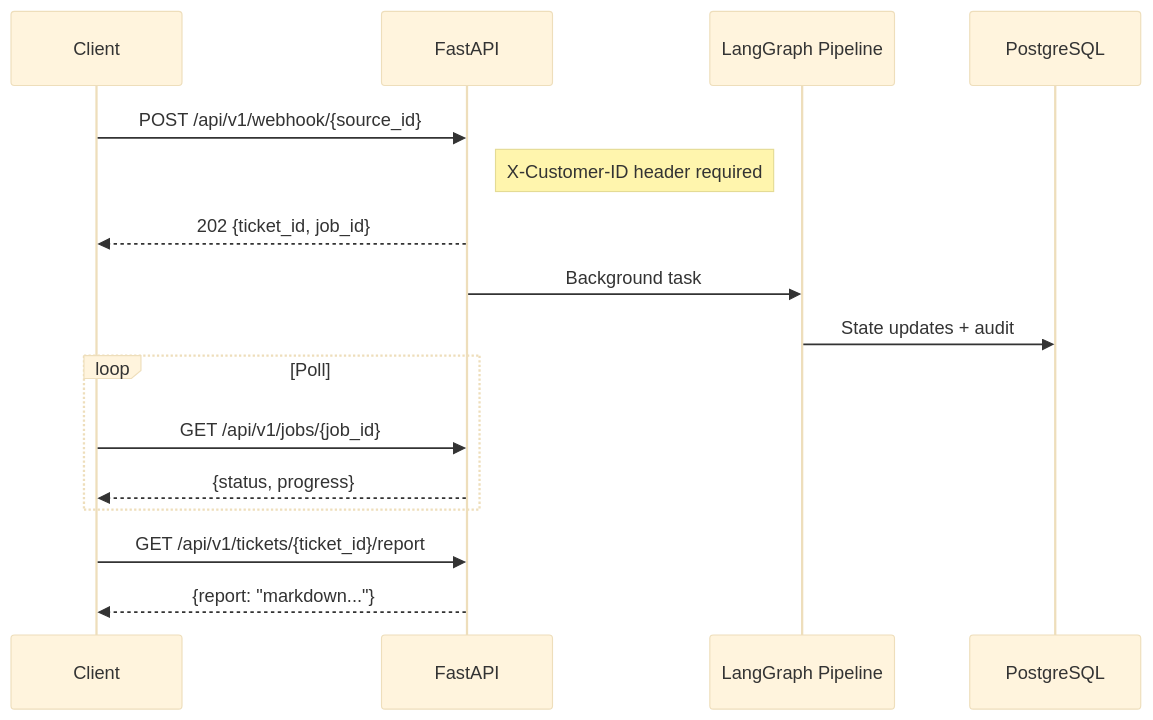
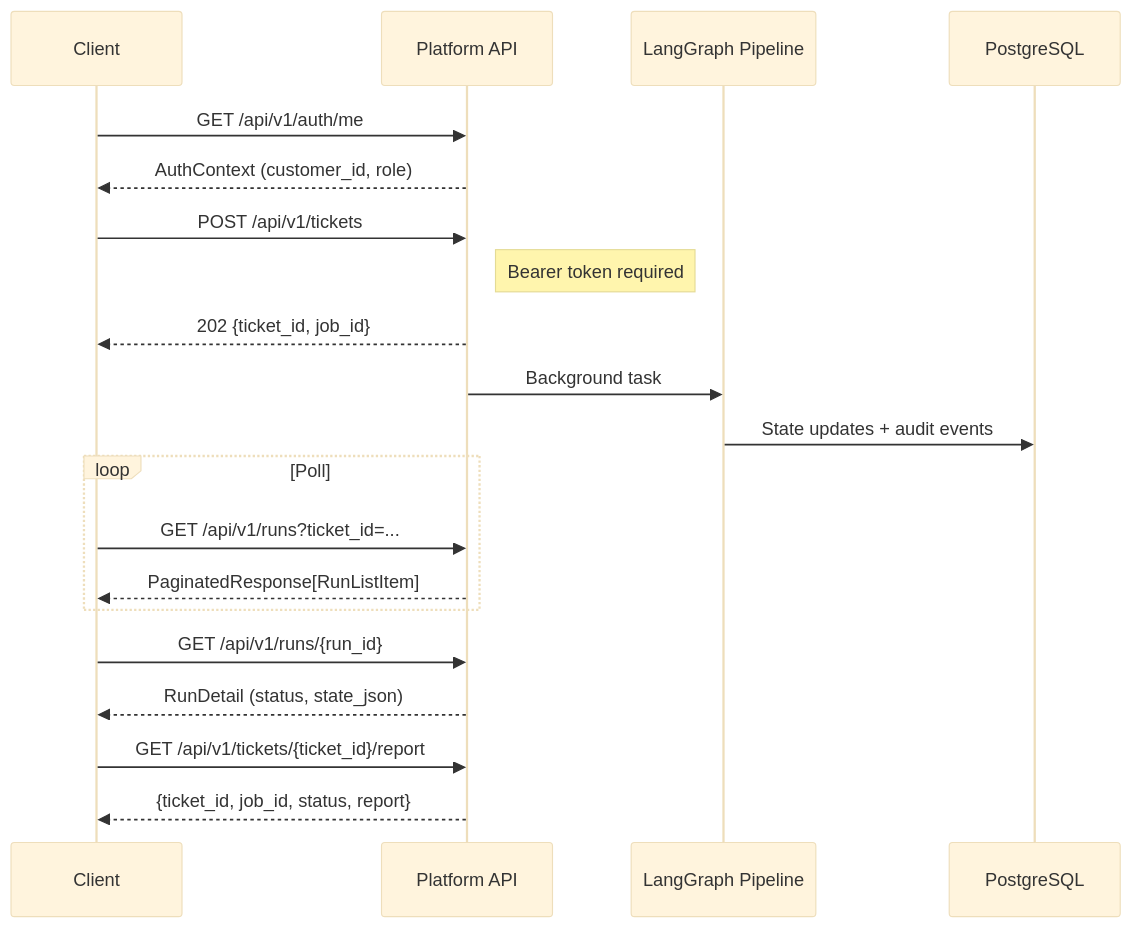
The diagram in docs/integrations/api_reference.md (jofra02/L8R), drawn with Mermaid (base theme) before and after one commit. The commit also changed other lines of this file and 83 other files, not shown here.

First line of the commit message:
feat: Platform API v1, React dashboard, Docker deployment, and full API docs

````diff
--- a/docs/integrations/api_reference.md
+++ b/docs/integrations/api_reference.md
@@ -13,21 +51,28 @@
 ```mermaid
 sequenceDiagram
     participant Client
-    participant API as FastAPI
+    participant API as Platform API
     participant Pipeline as LangGraph Pipeline
     participant DB as PostgreSQL
 
-    Client->>API: POST /api/v1/webhook/{source_id}
-    Note right of API: X-Customer-ID header required
+    Client->>API: GET /api/v1/auth/me
+    API-->>Client: AuthContext (customer_id, role)
+
+    Client->>API: POST /api/v1/tickets
+    Note right of API: Bearer token required
     API-->>Client: 202 {ticket_id, job_id}
     API->>Pipeline: Background task
-    Pipeline->>DB: State updates + audit
+
+    Pipeline->>DB: State updates + audit events
 
     loop Poll
-        Client->>API: GET /api/v1/jobs/{job_id}
-        API-->>Client: {status, progress}
+        Client->>API: GET /api/v1/runs?ticket_id=...
+        API-->>Client: PaginatedResponse[RunListItem]
     end
 
+    Client->>API: GET /api/v1/runs/{run_id}
+    API-->>Client: RunDetail (status, state_json)
+
     Client->>API: GET /api/v1/tickets/{ticket_id}/report
-    API-->>Client: {report: "markdown..."}
+    API-->>Client: {ticket_id, job_id, status, report}
 ```
````
